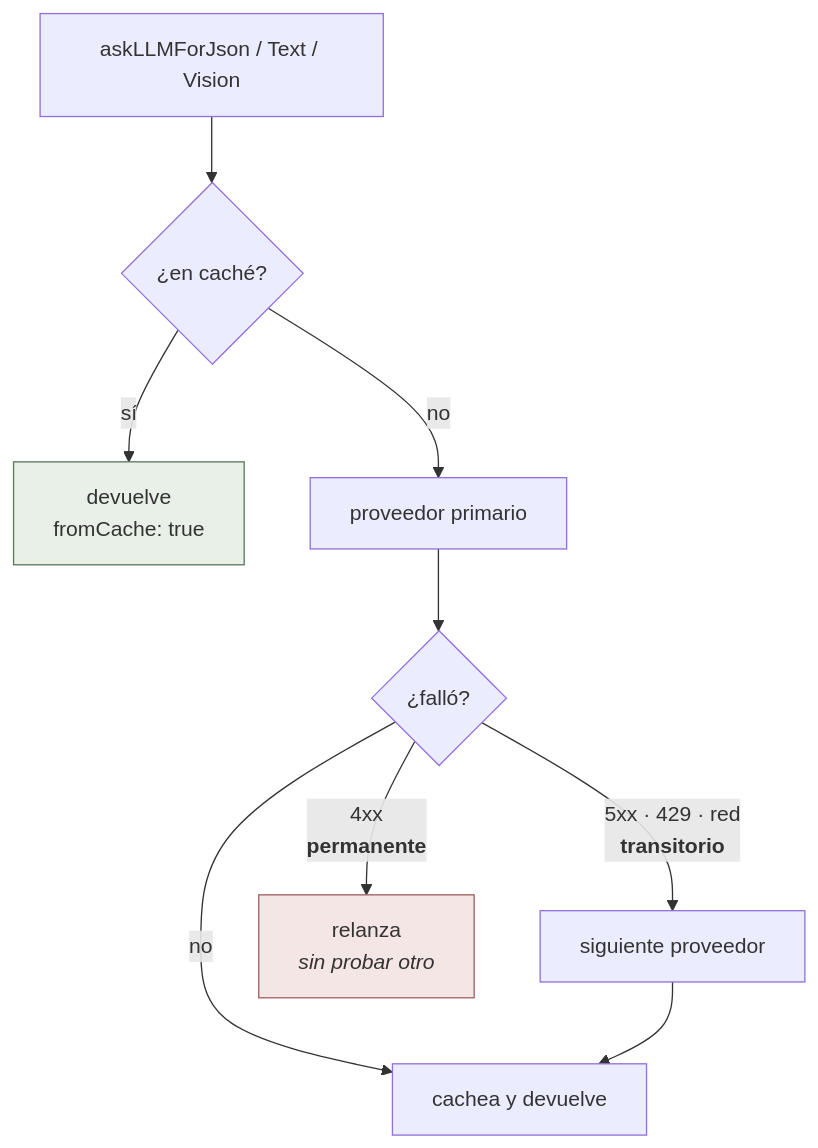
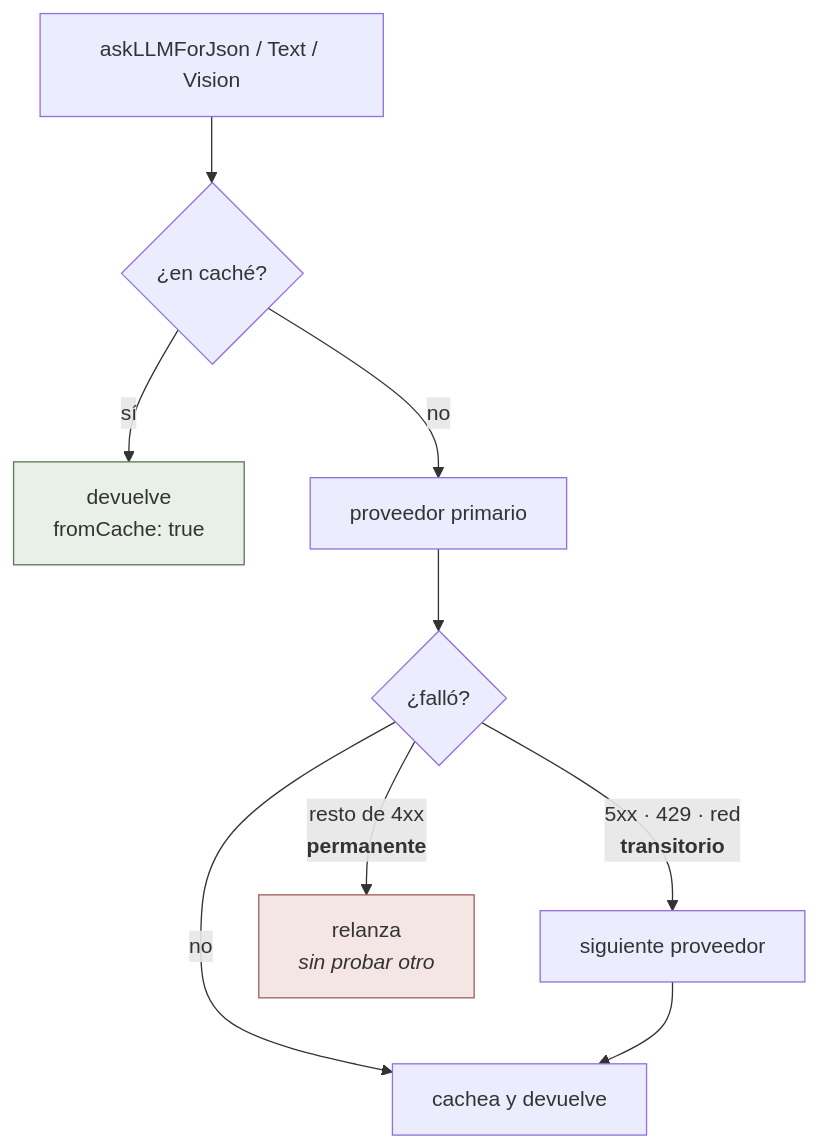
One commit to DanielOpazoD/trama changed the second of 3 diagrams in ARCHITECTURE.md. Above: the diagram before and after it, drawn with Mermaid. The commit also changed other lines of this file, not shown here.

First line of the commit message:
El diagrama decía «4xx permanente» y 429 es un 4xx

````diff
--- a/ARCHITECTURE.md
+++ b/ARCHITECTURE.md
@@ -328,16 +328,16 @@
 ```mermaid
 flowchart TD
     CALL["askLLMForJson / Text / Vision"] --> CACHE{"¿en caché?"}
     CACHE -->|sí| HIT["devuelve<br/>fromCache: true"]
     CACHE -->|no| P1["proveedor primario"]
 
     P1 --> R{"¿falló?"}
     R -->|no| OK["cachea y devuelve"]
     R -->|"5xx · 429 · red<br/><b>transitorio</b>"| P2["siguiente proveedor"]
-    R -->|"4xx<br/><b>permanente</b>"| STOP["relanza<br/><i>sin probar otro</i>"]
+    R -->|"resto de 4xx<br/><b>permanente</b>"| STOP["relanza<br/><i>sin probar otro</i>"]
 
     P2 --> OK
 
     style STOP fill:#f5e6e6,stroke:#a06060
     style HIT fill:#e8f0e8,stroke:#5a7a5a
 ```
````
